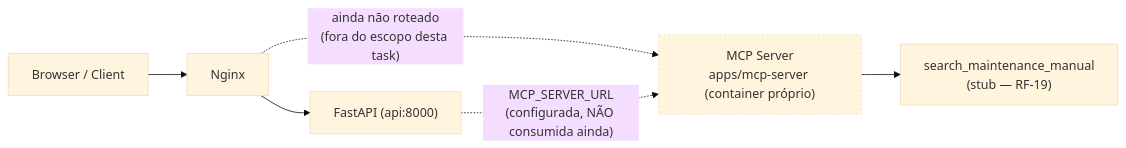
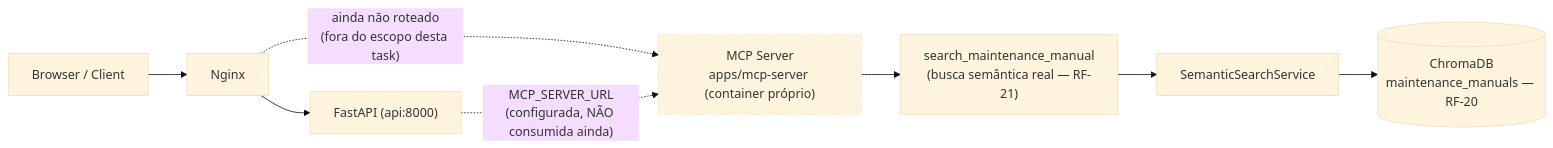
One commit to ronaldosimeone/tcc-project changed the fourth of 7 diagrams in README.md. Above: the diagram before and after it, drawn with Mermaid (base theme). The commit also changed other lines of this file and 6 other files, not shown here.

First line of the commit message:
feat: connect search_maintenance_manual to real semantic search

````diff
--- a/README.md
+++ b/README.md
@@ -495,11 +495,13 @@
 ```mermaid
 flowchart LR
     C["Browser / Client"] --> N["Nginx"]
     N --> API["FastAPI (api:8000)"]
     N -.->|"ainda não roteado<br/>(fora do escopo desta task)"| MCP
 
     API -.->|"MCP_SERVER_URL<br/>(configurada, NÃO consumida ainda)"| MCP["MCP Server<br/>apps/mcp-server (container próprio)"]
-    MCP --> TOOL["search_maintenance_manual<br/>(stub — RF-19)"]
+    MCP --> TOOL["search_maintenance_manual<br/>(busca semântica real — RF-21)"]
+    TOOL --> SVC["SemanticSearchService"]
+    SVC --> CHROMA[("ChromaDB<br/>maintenance_manuals — RF-20")]
 
     style MCP stroke-dasharray: 3 3
 ```
````
